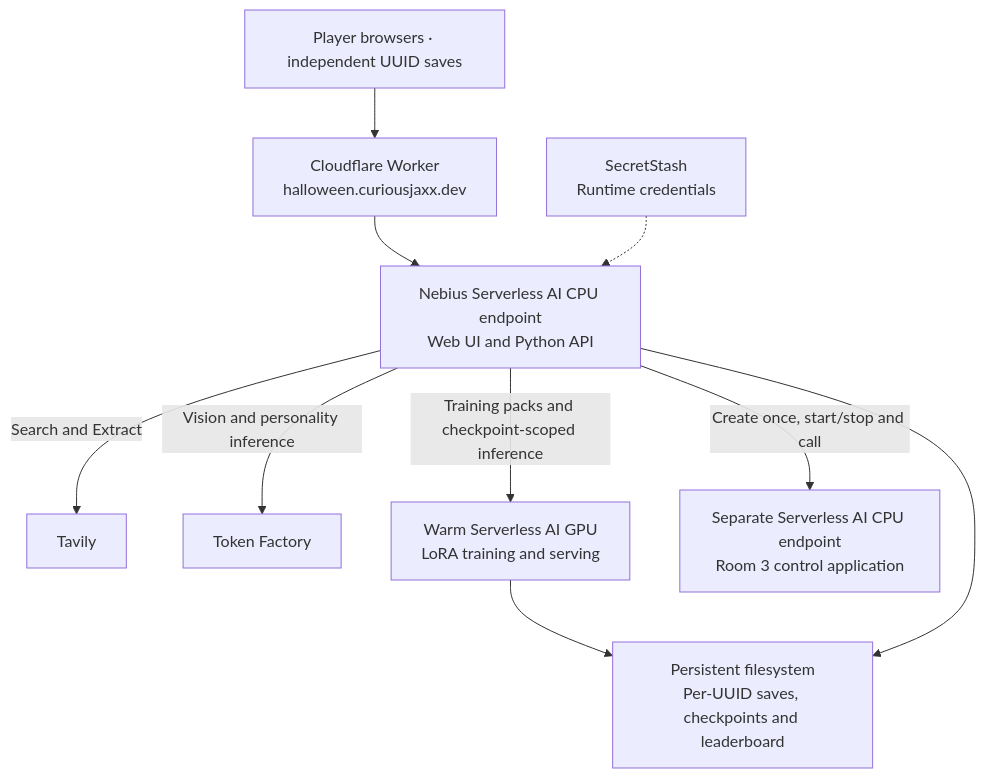
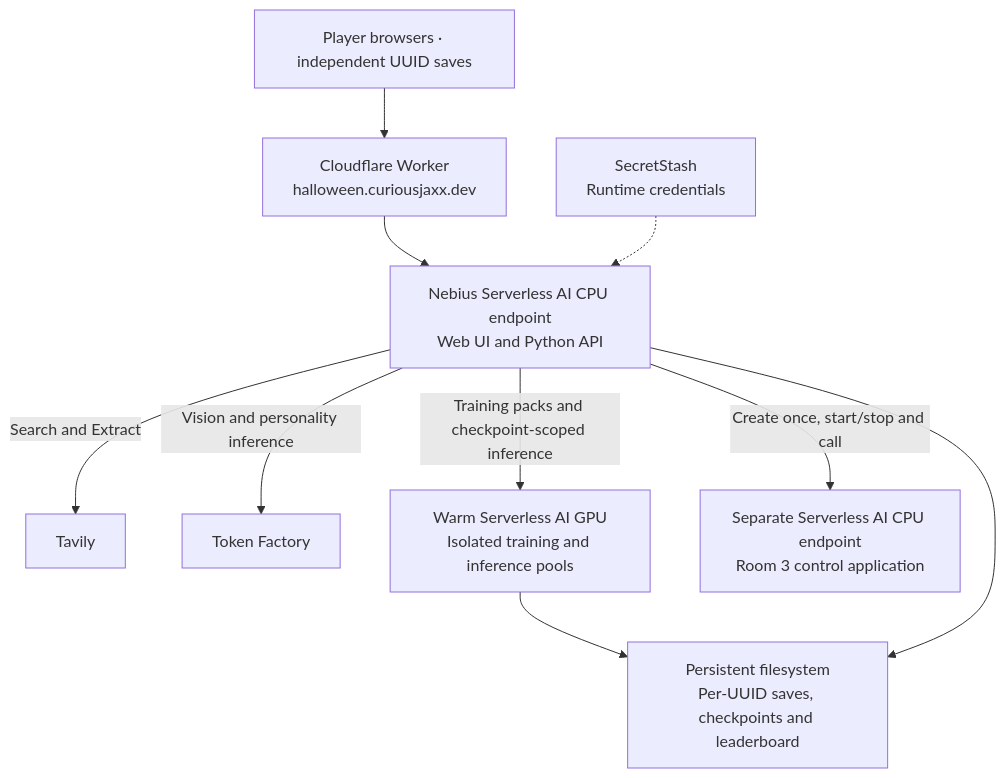
The diagram in README.md (gogococo/haunted-datacenter), drawn with Mermaid before and after one commit. The commit also changed other lines of this file and 2 other files, not shown here.

Commit message:
Route hosted game to concurrent model workers

````diff
--- a/README.md
+++ b/README.md
@@ -39,12 +39,12 @@
 ```mermaid
 flowchart TD
     Browser[Player browsers · independent UUID saves] --> Edge[Cloudflare Worker<br/>halloween.curiousjaxx.dev]
     Edge --> Game[Nebius Serverless AI CPU endpoint<br/>Web UI and Python API]
     Game -->|Search and Extract| Tavily[Tavily]
     Game -->|Vision and personality inference| TF[Token Factory]
-    Game -->|Training packs and checkpoint-scoped inference| GPU[Warm Serverless AI GPU<br/>LoRA training and serving]
+    Game -->|Training packs and checkpoint-scoped inference| GPU[Warm Serverless AI GPU<br/>Isolated training and inference pools]
     Game -->|Create once, start/stop and call| Cooling[Separate Serverless AI CPU endpoint<br/>Room 3 control application]
     GPU --> Storage
     Game --> Storage[Persistent filesystem<br/>Per-UUID saves, checkpoints and leaderboard]
     Secrets[SecretStash<br/>Runtime credentials] -.-> Game
 ```
````
